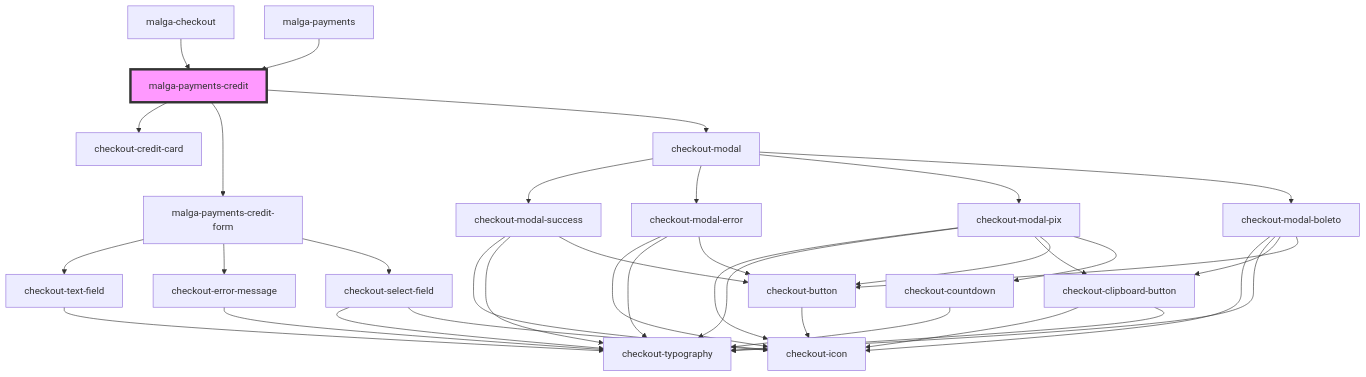
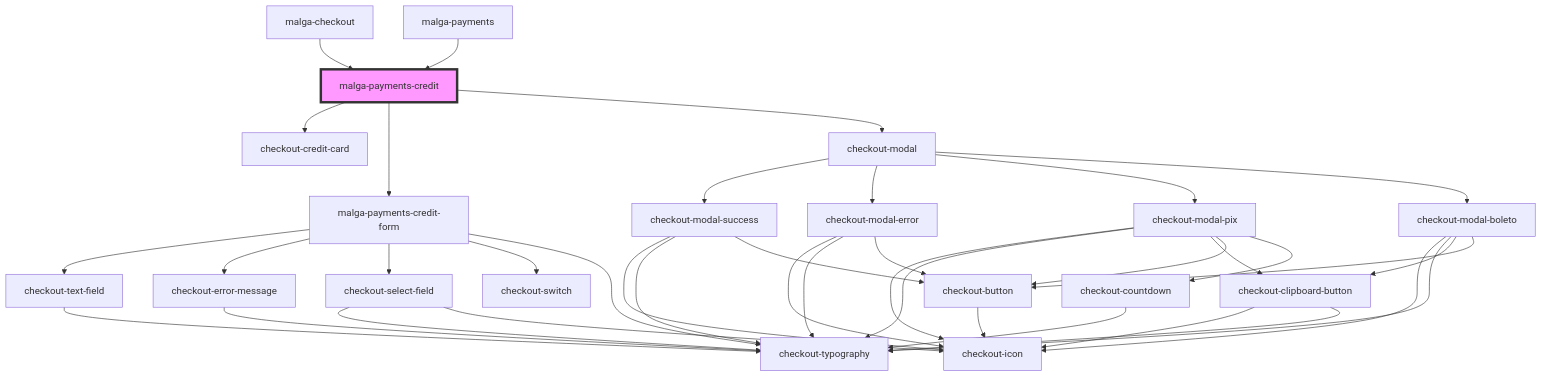
Before and after one commit to plughacker/malga-checkout: the diagram in packages/checkout/core/src/components/malga-payments-credit/readme.md, drawn with Mermaid. The commit also changed 6 other files, not shown here.

````diff
--- a/packages/checkout/core/src/components/malga-payments-credit/readme.md
+++ b/packages/checkout/core/src/components/malga-payments-credit/readme.md
@@ -20,39 +20,41 @@
 ```mermaid
 graph TD;
   malga-payments-credit --> checkout-credit-card
   malga-payments-credit --> malga-payments-credit-form
   malga-payments-credit --> checkout-modal
   malga-payments-credit-form --> checkout-text-field
   malga-payments-credit-form --> checkout-error-message
   malga-payments-credit-form --> checkout-select-field
+  malga-payments-credit-form --> checkout-switch
+  malga-payments-credit-form --> checkout-typography
   checkout-text-field --> checkout-typography
   checkout-error-message --> checkout-typography
   checkout-select-field --> checkout-typography
   checkout-select-field --> checkout-icon
   checkout-modal --> checkout-modal-success
   checkout-modal --> checkout-modal-error
   checkout-modal --> checkout-modal-pix
   checkout-modal --> checkout-modal-boleto
   checkout-modal-success --> checkout-icon
   checkout-modal-success --> checkout-typography
   checkout-modal-success --> checkout-button
   checkout-button --> checkout-icon
   checkout-modal-error --> checkout-icon
   checkout-modal-error --> checkout-typography
   checkout-modal-error --> checkout-button
   checkout-modal-pix --> checkout-icon
   checkout-modal-pix --> checkout-typography
   checkout-modal-pix --> checkout-clipboard-button
   checkout-modal-pix --> checkout-button
   checkout-modal-pix --> checkout-countdown
   checkout-clipboard-button --> checkout-icon
   checkout-clipboard-button --> checkout-typography
   checkout-countdown --> checkout-typography
   checkout-modal-boleto --> checkout-icon
   checkout-modal-boleto --> checkout-typography
   checkout-modal-boleto --> checkout-clipboard-button
   checkout-modal-boleto --> checkout-button
   malga-checkout --> malga-payments-credit
   malga-payments --> malga-payments-credit
   style malga-payments-credit fill:#f9f,stroke:#333,stroke-width:4px
 ```
````
